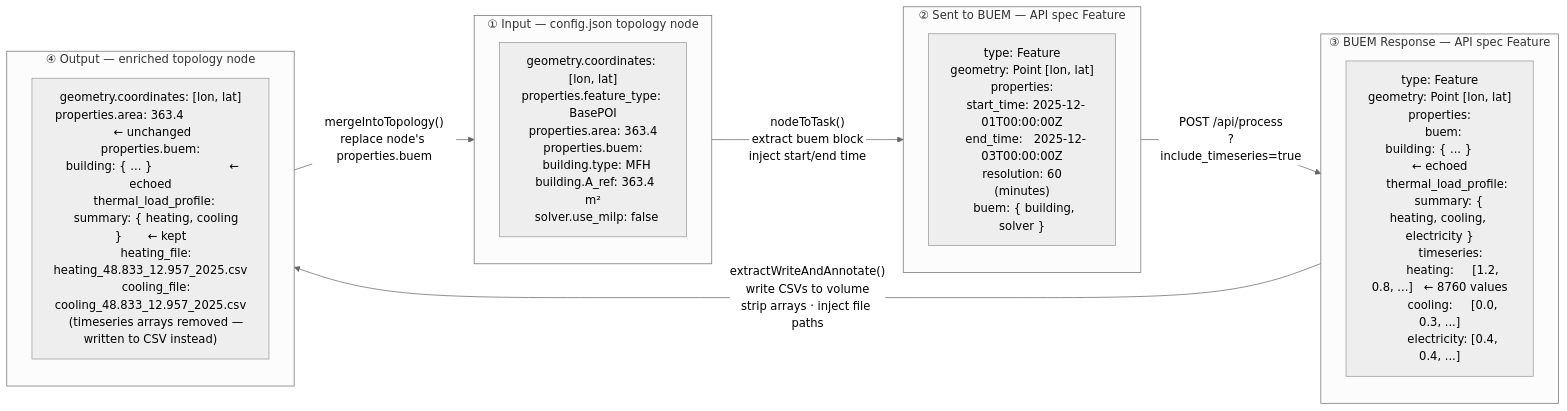
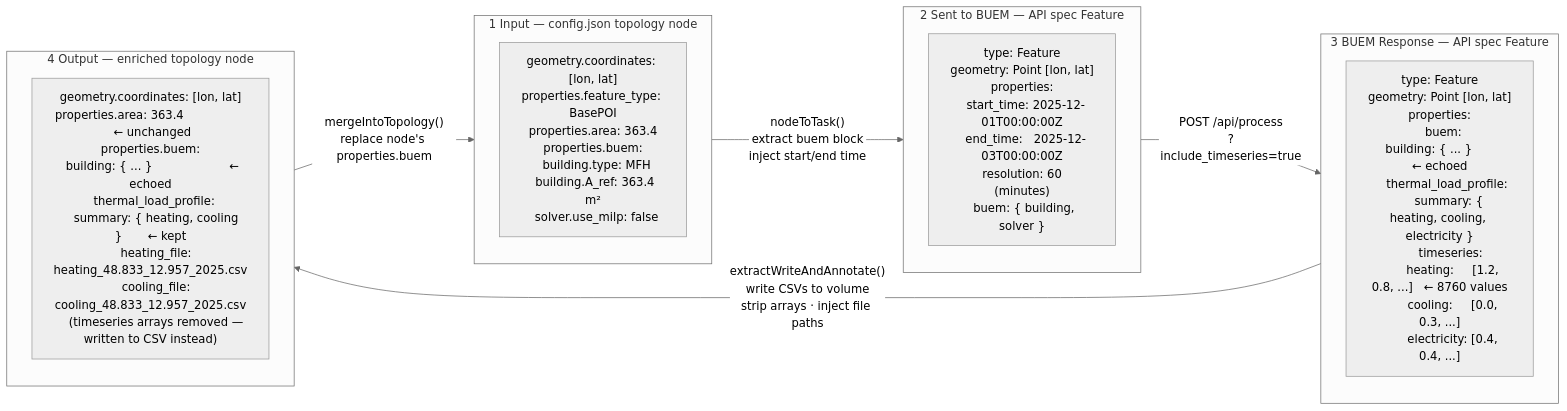
The diagram in docs/assets/diagrams/data-transformation/data-transformation.mmd (enerplanet/buem-gateway), drawn with Mermaid (neutral theme) before and after one commit. The commit also changed 19 other files, not shown here.

Commit message:
fix: correct typo in data transformation diagram path in integration architecture documentation

```diff
--- a/docs/assets/diagrams/data-transformation/data-transformation.mmd
+++ b/docs/assets/diagrams/data-transformation/data-transformation.mmd
@@ -1,55 +1,55 @@
 ---
 config:
   layout: dagre
 ---
 flowchart LR
-    subgraph IN["① Input — config.json topology node"]
+    subgraph IN["1 Input — config.json topology node"]
         N1["geometry.coordinates: [lon, lat]
 properties.feature_type: BasePOI
 properties.area: 363.4
 properties.buem:
   building.type: MFH
   building.A_ref: 363.4 m²
   solver.use_milp: false"]
     end
 
-    subgraph SENT["② Sent to BUEM — API spec Feature"]
+    subgraph SENT["2 Sent to BUEM — API spec Feature"]
         N2["type: Feature
 geometry: Point [lon, lat]
 properties:
   start_time: 2025-12-01T00:00:00Z
   end_time:   2025-12-03T00:00:00Z
   resolution: 60  (minutes)
   buem: { building, solver }"]
     end
 
-    subgraph RESP["③ BUEM Response — API spec Feature"]
+    subgraph RESP["3 BUEM Response — API spec Feature"]
         N3["type: Feature
 geometry: Point [lon, lat]
 properties:
   buem:
     building: { ... }          ← echoed
     thermal_load_profile:
       summary: { heating, cooling, electricity }
       timeseries:
         heating:     [1.2, 0.8, ...]   ← 8760 values
         cooling:     [0.0, 0.3, ...]
         electricity: [0.4, 0.4, ...]"]
     end
 
-    subgraph OUT["④ Output — enriched topology node"]
+    subgraph OUT["4 Output — enriched topology node"]
         N4["geometry.coordinates: [lon, lat]
 properties.area: 363.4                  ← unchanged
 properties.buem:
   building: { ... }                     ← echoed
   thermal_load_profile:
     summary: { heating, cooling }       ← kept
     heating_file: heating_48.833_12.957_2025.csv
     cooling_file: cooling_48.833_12.957_2025.csv
     (timeseries arrays removed — written to CSV instead)"]
     end
 
     IN   -->|"nodeToTask()\nextract buem block\ninject start/end time"| SENT
     SENT -->|"POST /api/process\n?include_timeseries=true"| RESP
     RESP -->|"extractWriteAndAnnotate()\nwrite CSVs to volume\nstrip arrays · inject file paths"| OUT
     OUT  -->|"mergeIntoTopology()\nreplace node's properties.buem"| IN
```
